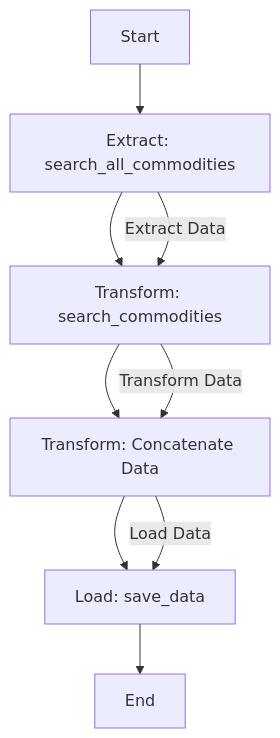
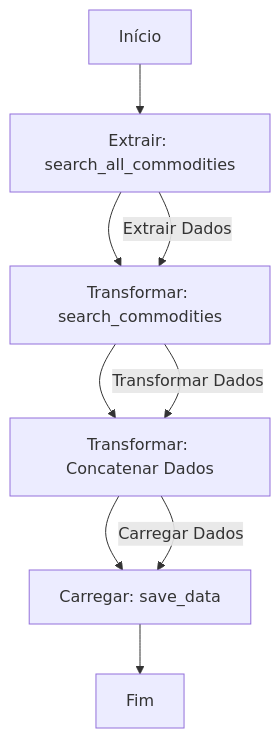
One commit to Essence999/commodities_data_warehouse changed the diagram in README.md. Above: the diagram before and after it, drawn with Mermaid.

Commit message:
feat: finalizando mermaid

````diff
--- a/README.md
+++ b/README.md
@@ -3,13 +3,13 @@
 ```mermaid
 flowchart TD
-    A[Start] --> B[Extract: search_all_commodities]
-    B --> C[Transform: search_commodities]
-    C --> D[Transform: Concatenate Data]
-    D --> E[Load: save_data]
-    E --> F[End]
+    A[Início] --> B[Extrair: search_all_commodities]
+    B --> C[Transformar: search_commodities]
+    C --> D[Transformar: Concatenar Dados]
+    D --> E[Carregar: save_data]
+    E --> F[Fim]
 
-    %% Define the links between the elements
-    B -->|Extract Data| C
-    C -->|Transform Data| D
-    D -->|Load Data| E
+    %% Definir os links entre os elementos
+    B -->|Extrair Dados| C
+    C -->|Transformar Dados| D
+    D -->|Carregar Dados| E
 ```
````
